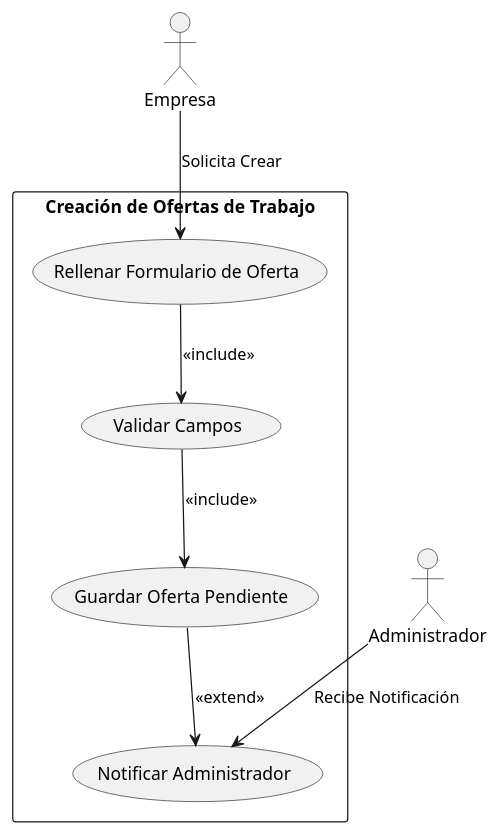
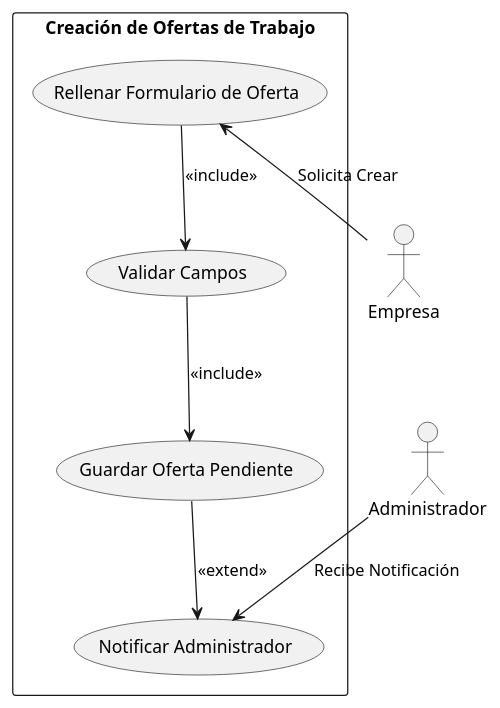
One commit to mmasias/24-25-IdSw1-SDR changed the diagram in modelosUML/CasosDeUso/diagramas/DiagramasContexto/crearOferta.puml. Above: the diagram before and after it, drawn with PlantUML. The commit also changed 25 other files, not shown here.

Commit message:
añadir los diagramas a .pmg para poder añadirlo en el readme y reorganizacion de carpetas

```diff
--- a/modelosUML/CasosDeUso/diagramas/DiagramasContexto/crearOferta.puml
+++ b/modelosUML/CasosDeUso/diagramas/DiagramasContexto/crearOferta.puml
@@ -1,20 +1,20 @@
 @startuml
 
 ' Diagrama de Contexto: Crear oferta de trabajo
 rectangle "Creación de Ofertas de Trabajo" {
     usecase "Rellenar Formulario de Oferta" as RF
     usecase "Validar Campos" as VC
     usecase "Guardar Oferta Pendiente" as GO
     usecase "Notificar Administrador" as NA
 }
 
 actor Empresa as E
 actor Administrador as A
 
-E --> RF : "Solicita Crear"
+RF <-- E : "Solicita Crear"
 RF --> VC : <<include>>
 VC --> GO : <<include>>
 GO --> NA : <<extend>>
 A --> NA : "Recibe Notificación"
 
 @enduml
```
